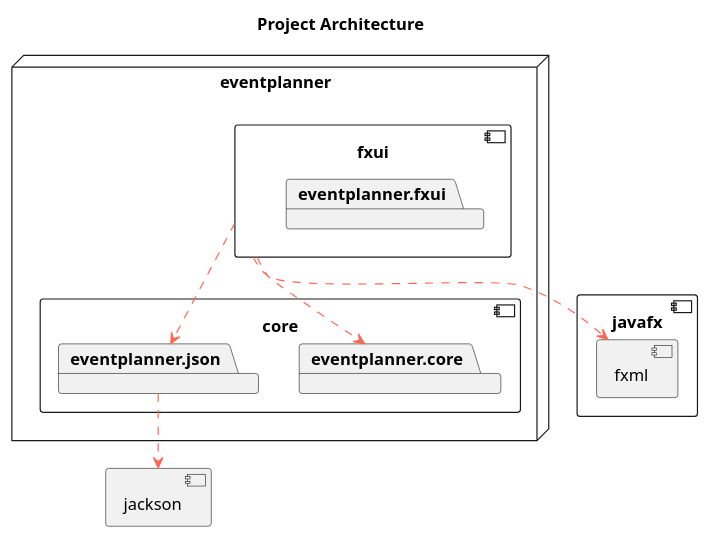
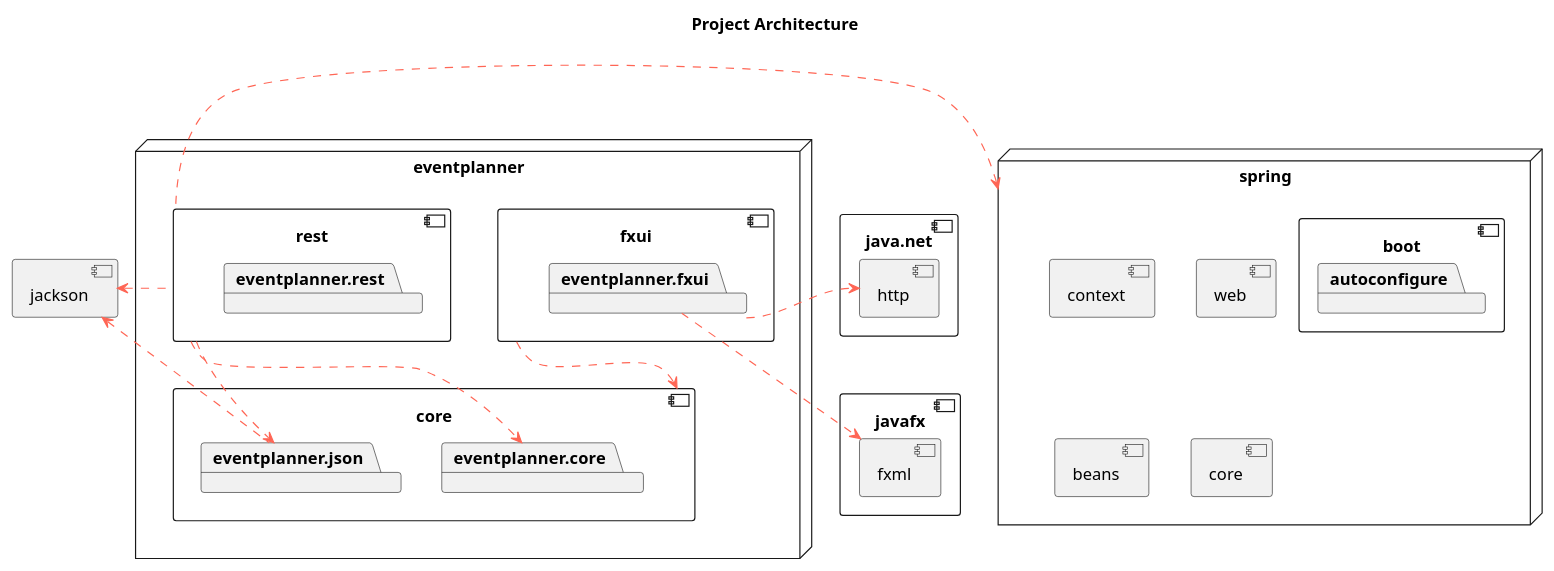
Before and after one commit to thorsjur/event-planner-itp: the diagram in docs/diagrams/architecture.puml, drawn with PlantUML. The commit also changed 1 other file, not shown here.

Commit message:
Updated project architecture diagram (#90)
The project architecture diagram (package diagram) has been updated to
reflect the current state of the project.

```diff
--- a/docs/diagrams/architecture.puml
+++ b/docs/diagrams/architecture.puml
@@ -2,39 +2,63 @@
 @startuml architecture
 title Project Architecture
 skinparam useBetaStyle true
 
 <style>
     .package {
         BackgroundColor Khaki
     }
 </style>
 
 skinparam component {
   ArrowColor #FF6655
 }
 
+node spring {
+    component [boot] as boot {
+        package autoconfigure
+    }
+    component [context] as ctx
+    component [web] as web
+    component [beans] as beans
+    component [core] as c2
+
+}
 
 component [javafx] {
     component [fxml] as fx
 }
 
 node "eventplanner" as ep {
     component [core] {
         package eventplanner.core
         package eventplanner.json
     }
 
     component [fxui] {
         package eventplanner.fxui
 
     }
+
+    component [rest] {
+        package eventplanner.rest
+
+    }
+}
+
+
+component [java.net] {
+    component [http] as net
 }
 
 component [jackson] as jack
 
-fxui ..> fx
-fxui ..> eventplanner.core
-fxui ..> eventplanner.json
-eventplanner.json ..> jack
+eventplanner.fxui ..> fx
+fxui ..> core
+eventplanner.fxui .right.> net
+eventplanner.json .left.> jack
+rest .left.> jack
+rest .left.> spring
+rest ..> eventplanner.core
+rest ..> eventplanner.json
 
 @enduml
```
